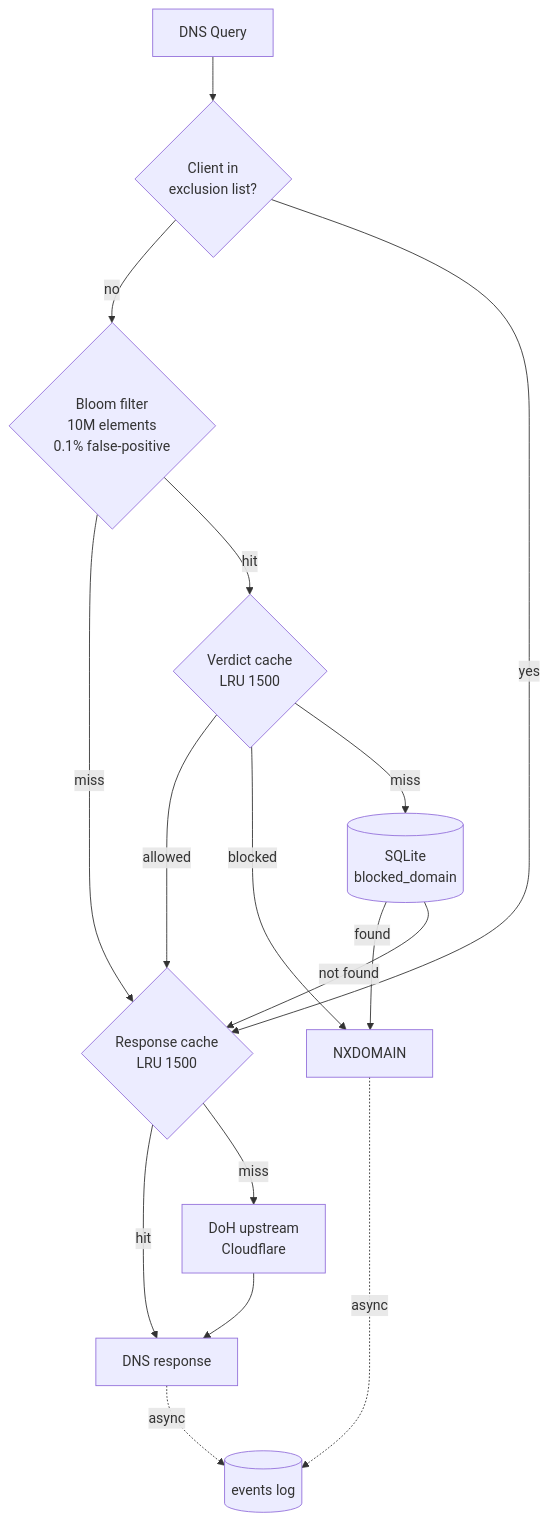
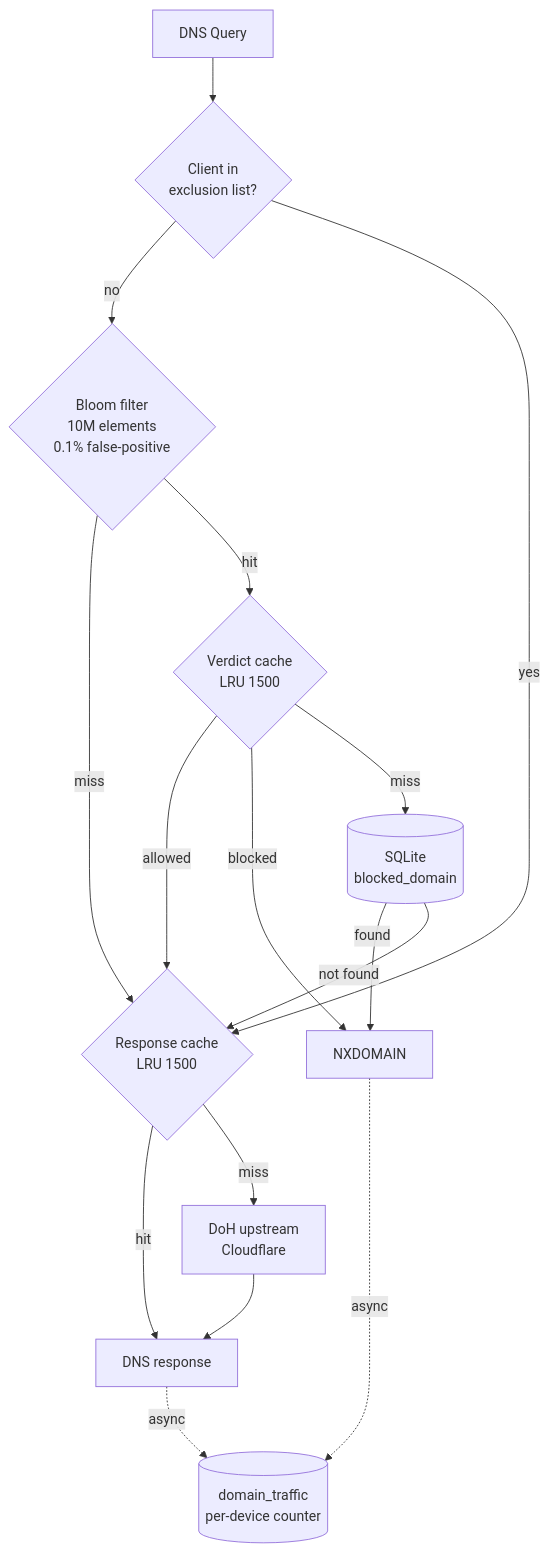
Before and after one commit to alextorq/dns-filter: the second of 2 diagrams in README.md, drawn with Mermaid. The commit also changed other lines of this file and 14 other files, not shown here.

Commit message:
traffic: docs (README/ARCHITECTURE/CLAUDE) + final lint pass, drop working spec (step 7b)

````diff
--- a/README.md
+++ b/README.md
@@ -59,18 +59,18 @@
 ```mermaid
 flowchart TD
     Q[DNS Query] --> CK{Client in<br/>exclusion list?}
     CK -->|no| BF{Bloom filter<br/>10M elements<br/>0.1% false-positive}
     BF -->|miss| DC{Response cache<br/>LRU 1500}
     CK -->|yes| DC
     BF -->|hit| LRU{Verdict cache<br/>LRU 1500}
     LRU -->|allowed| DC
     LRU -->|blocked| NX[NXDOMAIN]
     LRU -->|miss| DB[(SQLite<br/>blocked_domain)]
     DB -->|found| NX
     DB -->|not found| DC
     DC -->|hit| RESP[DNS response]
     DC -->|miss| DOH[DoH upstream<br/>Cloudflare]
     DOH --> RESP
-    NX -. async .-> EV[(events log)]
-    RESP -. async .-> EV
+    NX -. async .-> TR[(domain_traffic<br/>per-device counter)]
+    RESP -. async .-> TR
 ```
````
